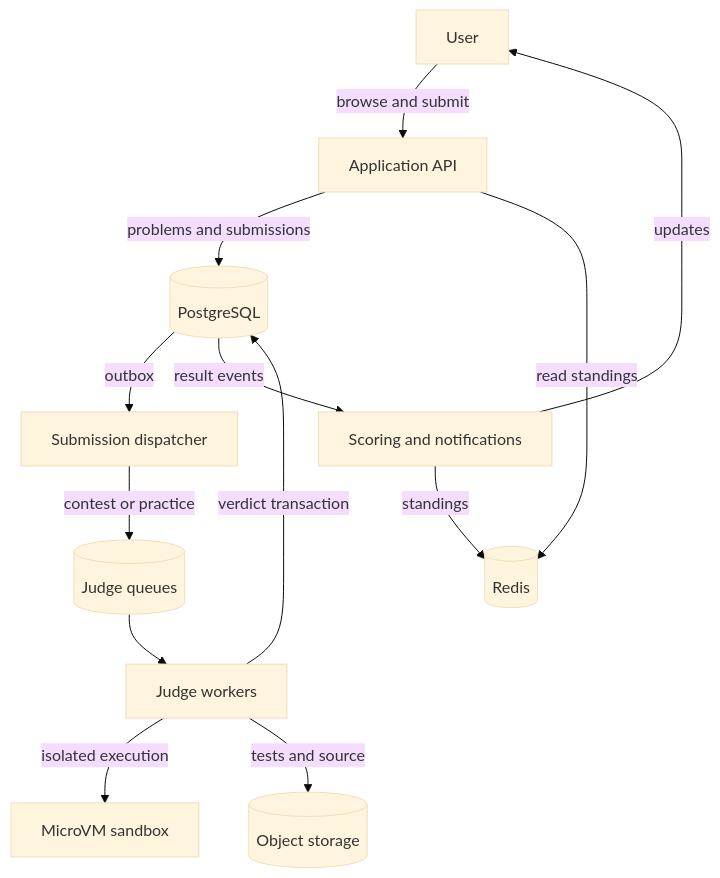
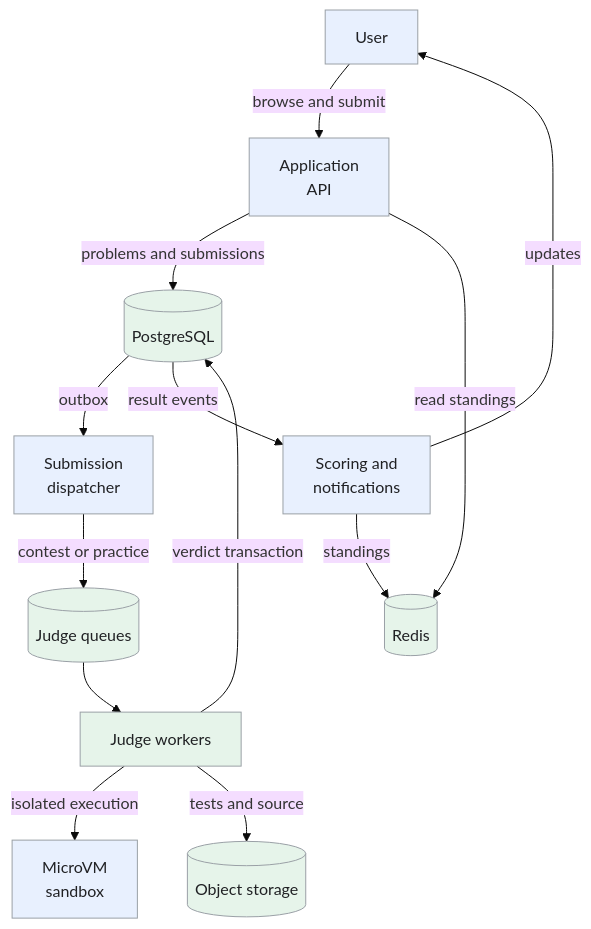
Before and after one commit to iliazlobin/iliazlobin.github.io: the first of 5 diagrams in _designs/system-design-leetcode.md, drawn with Mermaid (base theme). The commit also changed other lines of this file and 131 other files, not shown here.

````diff
--- a/_designs/system-design-leetcode.md
+++ b/_designs/system-design-leetcode.md
@@ -140,15 +140,20 @@
 ```mermaid
 flowchart TB
-  U[User] -->|browse and submit| API[Application API]
+  U[User] -->|browse and submit| API["Application<br>API"]
   API -->|problems and submissions| DB[(PostgreSQL)]
-  DB -->|outbox| D[Submission dispatcher]
+  DB -->|outbox| D["Submission<br>dispatcher"]
   D -->|contest or practice| Q[(Judge queues)]
   Q --> W[Judge workers]
-  W -->|isolated execution| VM[MicroVM sandbox]
+  W -->|isolated execution| VM["MicroVM<br>sandbox"]
   W -->|tests and source| O[(Object storage)]
   W -->|verdict transaction| DB
-  DB -->|result events| S[Scoring and notifications]
+  DB -->|result events| S["Scoring and<br>notifications"]
   S -->|standings| R[(Redis)]
   S -->|updates| U
   API -->|read standings| R
+  classDef request fill:#e8f0fe,stroke:#9aa0a6,color:#202124,stroke-width:1px
+  classDef background fill:#e6f4ea,stroke:#9aa0a6,color:#202124,stroke-width:1px
+  classDef control fill:#fef7e0,stroke:#9aa0a6,color:#202124,stroke-width:1px
+  class U,API,D,VM,S request
+  class DB,Q,W,O,R background
 ```
````
